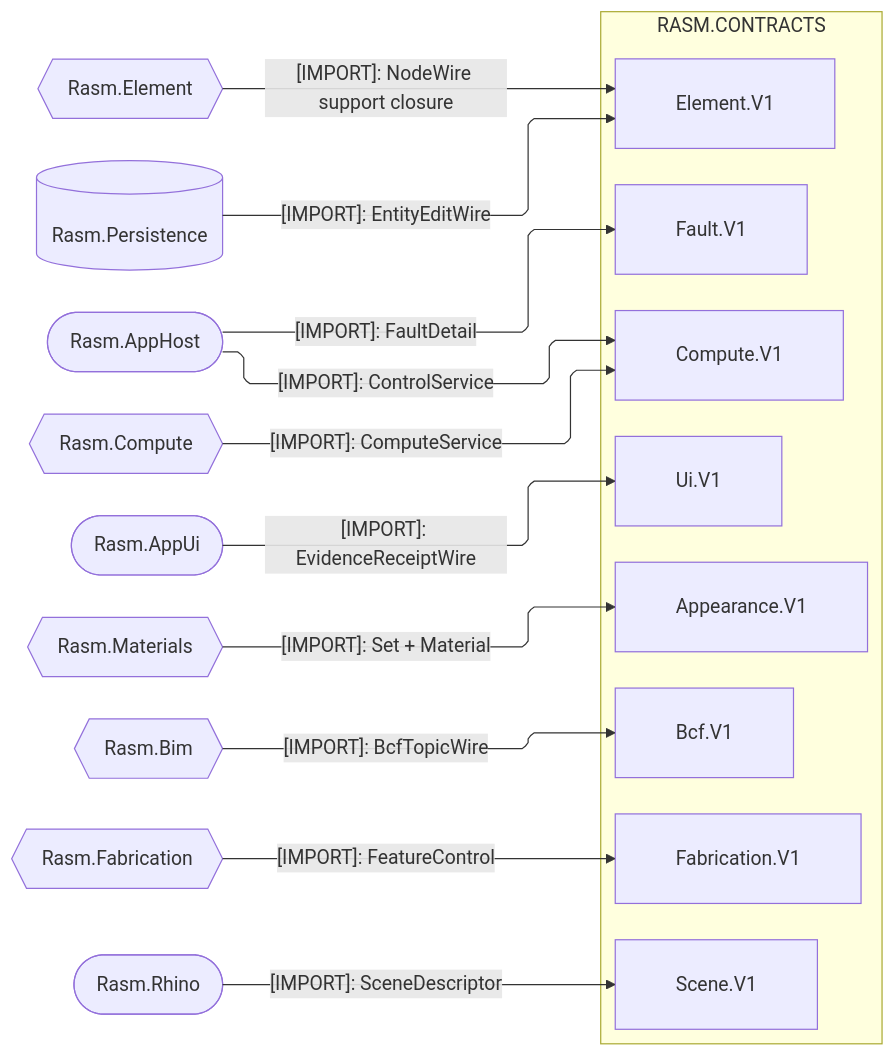
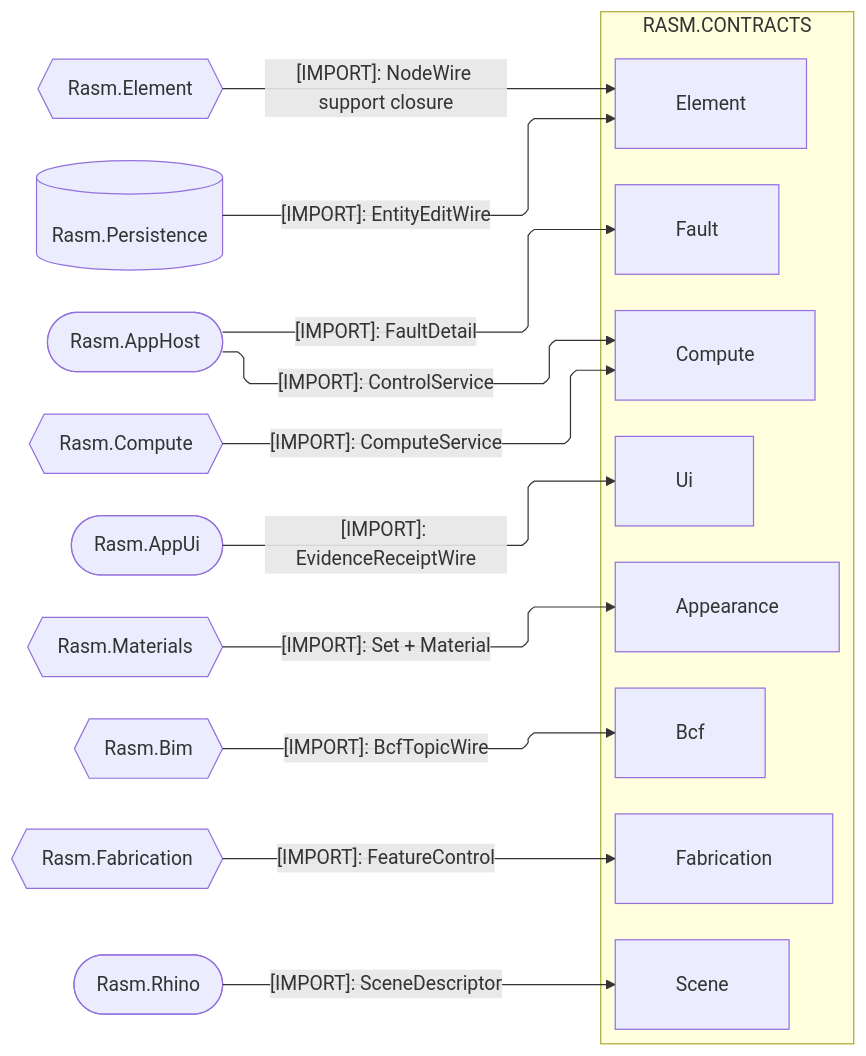
One commit to bsamiee/Rasm changed the second of 4 diagrams in libs/csharp/Rasm.Contracts/ARCHITECTURE.md. Above: the diagram before and after it, drawn with Mermaid. The commit also changed other lines of this file and 640 other files, not shown here.

````diff
--- a/libs/csharp/Rasm.Contracts/ARCHITECTURE.md
+++ b/libs/csharp/Rasm.Contracts/ARCHITECTURE.md
@@ -130,41 +130,41 @@
 ```mermaid
 ---
 config:
   layout: elk
   flowchart:
     curve: linear
     padding: 25
 ---
 flowchart LR
     accTitle: Rasm.Contracts same-branch consumption seams
     accDescr: Which emitted family each same-branch consumer lands on, transcribed from the branch tier that owns these edges.
     subgraph contracts[RASM.CONTRACTS]
-        ElementV1[Element.V1]
-        UiV1[Ui.V1]
-        ComputeV1[Compute.V1]
-        FaultV1[Fault.V1]
-        AppearanceV1[Appearance.V1]
-        BcfV1[Bcf.V1]
-        FabricationV1[Fabrication.V1]
-        SceneV1[Scene.V1]
+        ElementV1[Element]
+        UiV1[Ui]
+        ComputeV1[Compute]
+        FaultV1[Fault]
+        AppearanceV1[Appearance]
+        BcfV1[Bcf]
+        FabricationV1[Fabrication]
+        SceneV1[Scene]
     end
     Element{{Rasm.Element}}
     Persistence[(Rasm.Persistence)]
     AppHost([Rasm.AppHost])
     Compute{{Rasm.Compute}}
     AppUi([Rasm.AppUi])
     Materials{{Rasm.Materials}}
     Bim{{Rasm.Bim}}
     Fabrication{{Rasm.Fabrication}}
     Rhino([Rasm.Rhino])
     Element e1@-->|"[IMPORT]: NodeWire support closure"| ElementV1
     Persistence e2@-->|"[IMPORT]: EntityEditWire"| ElementV1
     AppHost e3@-->|"[IMPORT]: ControlService"| ComputeV1
     AppHost e4@-->|"[IMPORT]: FaultDetail"| FaultV1
     Compute e5@-->|"[IMPORT]: ComputeService"| ComputeV1
     Materials e6@-->|"[IMPORT]: Set + Material"| AppearanceV1
     Bim e7@-->|"[IMPORT]: BcfTopicWire"| BcfV1
     Fabrication e8@-->|"[IMPORT]: FeatureControl"| FabricationV1
     Rhino e9@-->|"[IMPORT]: SceneDescriptor"| SceneV1
     AppUi e10@-->|"[IMPORT]: EvidenceReceiptWire"| UiV1
 ```
````
